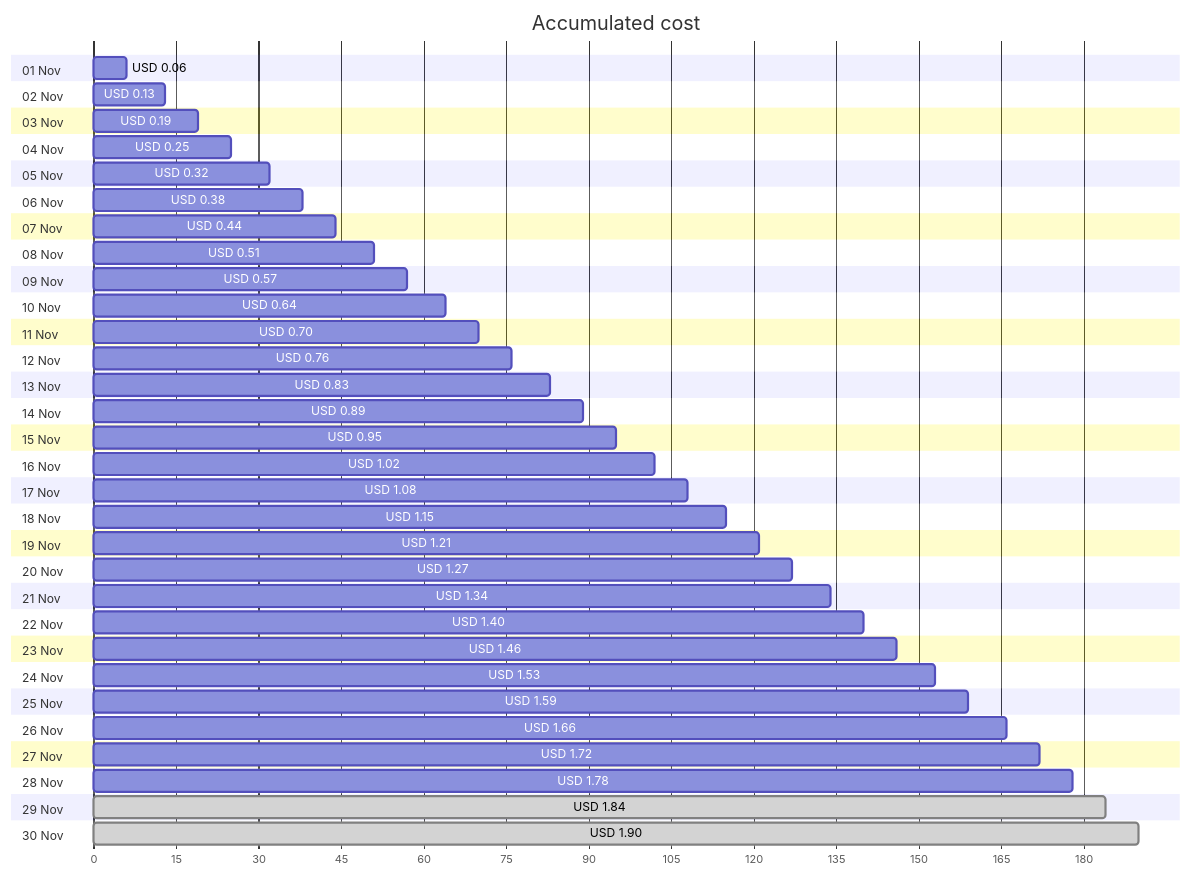
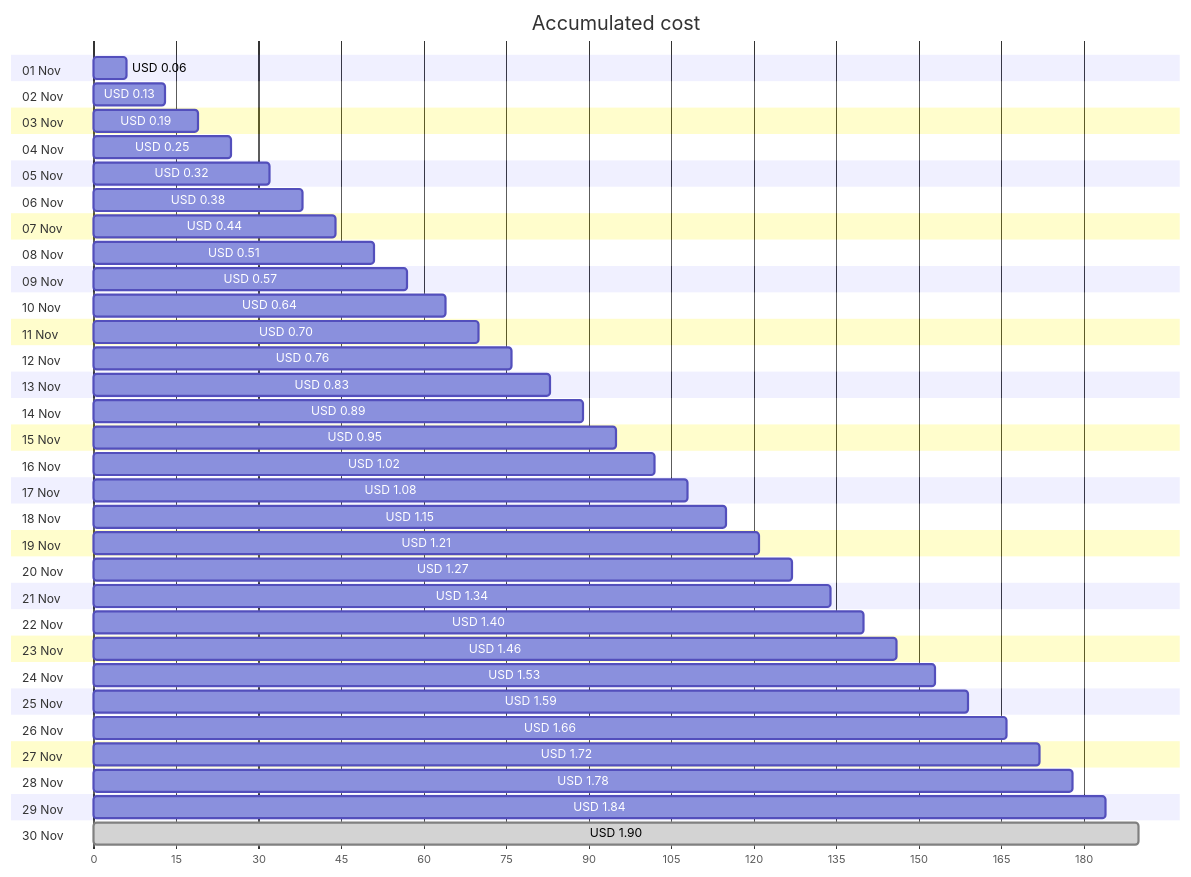
One commit to jpfulton/azure-personal-reports changed the first of 4 diagrams in cost-reports/personal-network/vpn-server_OsDisk.md. Above: the diagram before and after it, drawn with Mermaid. The commit also changed other lines of this file and 8 other files, not shown here.

````diff
--- a/cost-reports/personal-network/vpn-server_OsDisk.md
+++ b/cost-reports/personal-network/vpn-server_OsDisk.md
@@ -20,66 +20,66 @@
 ```mermaid
 gantt
    title Accumulated cost
    dateFormat  X
    axisFormat %s
    section 01 Nov
    USD 0.06 :0, 6
    section 02 Nov
    USD 0.13 :0, 13
    section 03 Nov
    USD 0.19 :0, 19
    section 04 Nov
    USD 0.25 :0, 25
    section 05 Nov
    USD 0.32 :0, 32
    section 06 Nov
    USD 0.38 :0, 38
    section 07 Nov
    USD 0.44 :0, 44
    section 08 Nov
    USD 0.51 :0, 51
    section 09 Nov
    USD 0.57 :0, 57
    section 10 Nov
    USD 0.64 :0, 64
    section 11 Nov
    USD 0.70 :0, 70
    section 12 Nov
    USD 0.76 :0, 76
    section 13 Nov
    USD 0.83 :0, 83
    section 14 Nov
    USD 0.89 :0, 89
    section 15 Nov
    USD 0.95 :0, 95
    section 16 Nov
    USD 1.02 :0, 102
    section 17 Nov
    USD 1.08 :0, 108
    section 18 Nov
    USD 1.15 :0, 115
    section 19 Nov
    USD 1.21 :0, 121
    section 20 Nov
    USD 1.27 :0, 127
    section 21 Nov
    USD 1.34 :0, 134
    section 22 Nov
    USD 1.40 :0, 140
    section 23 Nov
    USD 1.46 :0, 146
    section 24 Nov
    USD 1.53 :0, 153
    section 25 Nov
    USD 1.59 :0, 159
    section 26 Nov
    USD 1.66 :0, 166
    section 27 Nov
    USD 1.72 :0, 172
    section 28 Nov
    USD 1.78 :0, 178
    section 29 Nov
-   USD 1.84 : done, 0, 184
+   USD 1.84 :0, 184
    section 30 Nov
    USD 1.90 : done, 0, 190
 ```
````
